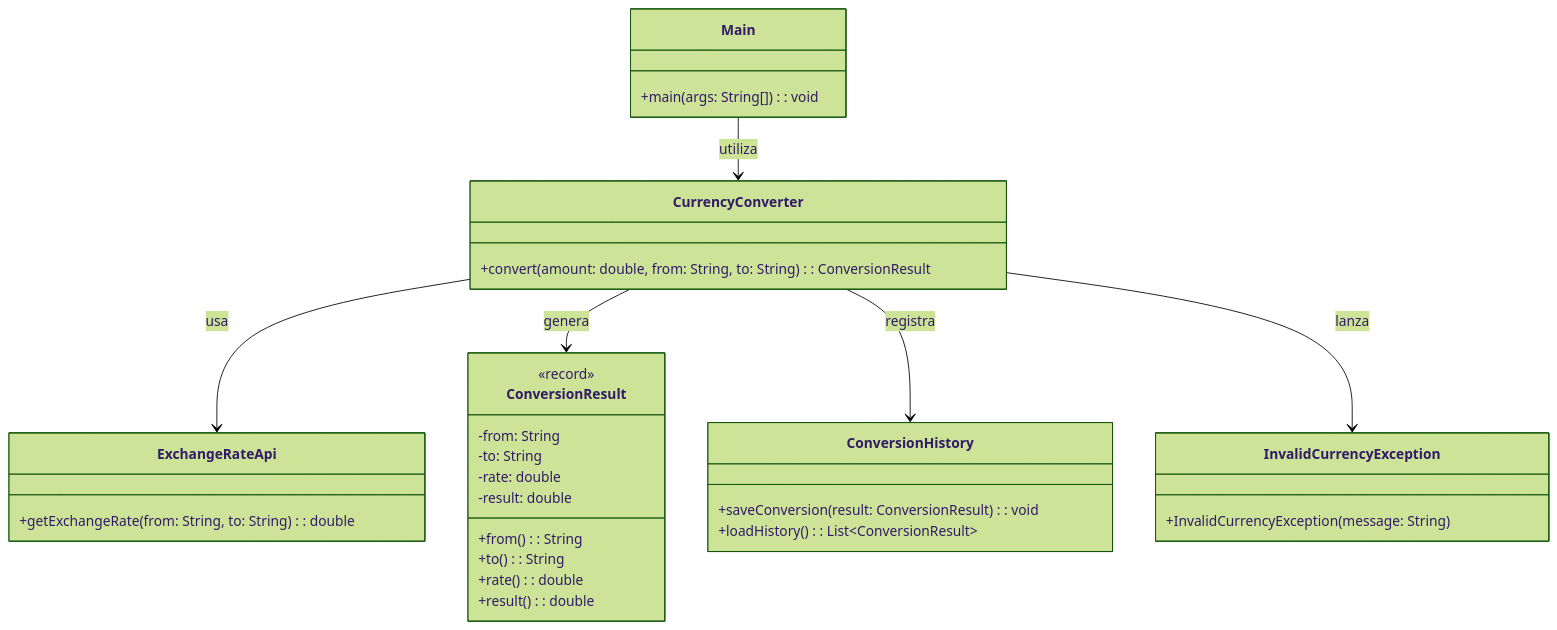
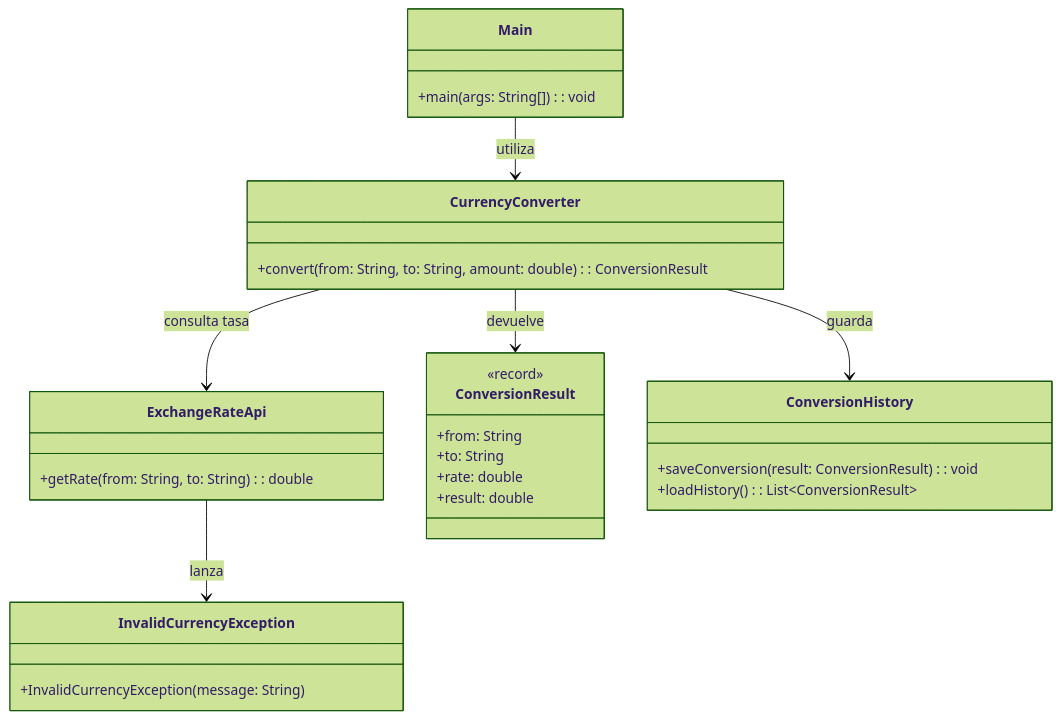
Before and after one commit to Juan-Matias/Conversor_de_Monedas_APP: the second of 2 diagrams in README.md, drawn with Mermaid (forest theme). The commit also changed other lines of this file, not shown here.

````diff
--- a/README.md
+++ b/README.md
@@ -34,41 +34,38 @@
 ```mermaid
 classDiagram
+    class Main {
+        +main(args: String[]): void
+    }
+
     class CurrencyConverter {
-        +convert(amount: double, from: String, to: String): ConversionResult
+        +convert(from: String, to: String, amount: double): ConversionResult
     }
-    
+
     class ExchangeRateApi {
-        +getExchangeRate(from: String, to: String): double
+        +getRate(from: String, to: String): double
     }
-    
+
     class ConversionResult {
         <<record>>
-        -from: String
-        -to: String
-        -rate: double
-        -result: double
-        +from(): String
-        +to(): String
-        +rate(): double
-        +result(): double
+        +from: String
+        +to: String
+        +rate: double
+        +result: double
     }
-    
+
     class ConversionHistory {
         +saveConversion(result: ConversionResult): void
         +loadHistory(): List~ConversionResult~
     }
-    
+
     class InvalidCurrencyException {
         +InvalidCurrencyException(message: String)
     }
-    
-    class Main {
-        +main(args: String[]): void
-    }
-    
-    CurrencyConverter --> ExchangeRateApi : usa
-    CurrencyConverter --> ConversionResult : genera
-    CurrencyConverter --> ConversionHistory : registra
-    CurrencyConverter --> InvalidCurrencyException : lanza
+
+    %% Relaciones
     Main --> CurrencyConverter : utiliza
+    CurrencyConverter --> ExchangeRateApi : consulta tasa
+    CurrencyConverter --> ConversionResult : devuelve
+    CurrencyConverter --> ConversionHistory : guarda
+    ExchangeRateApi --> InvalidCurrencyException : lanza
 ```
````
